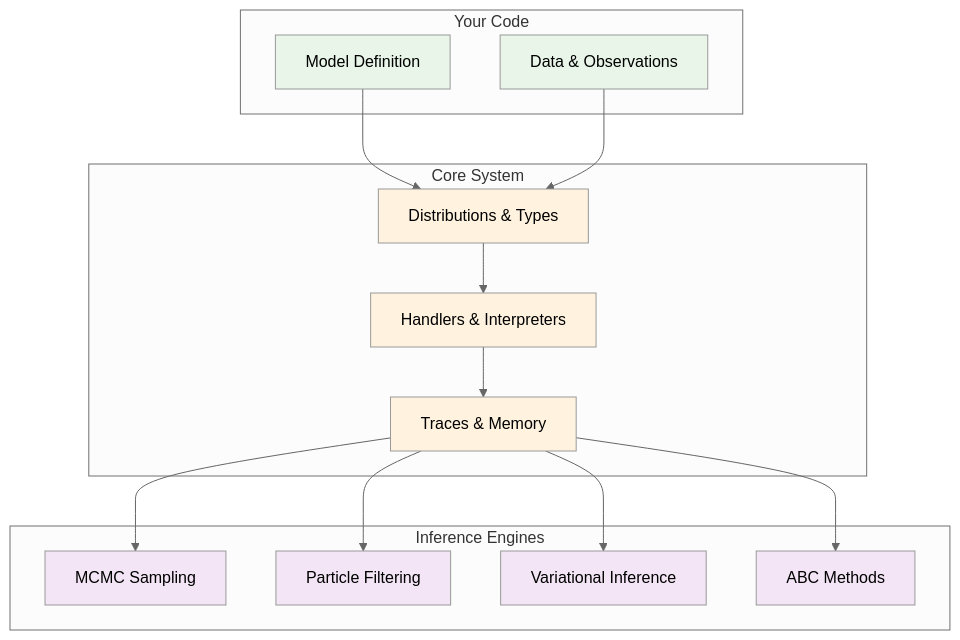
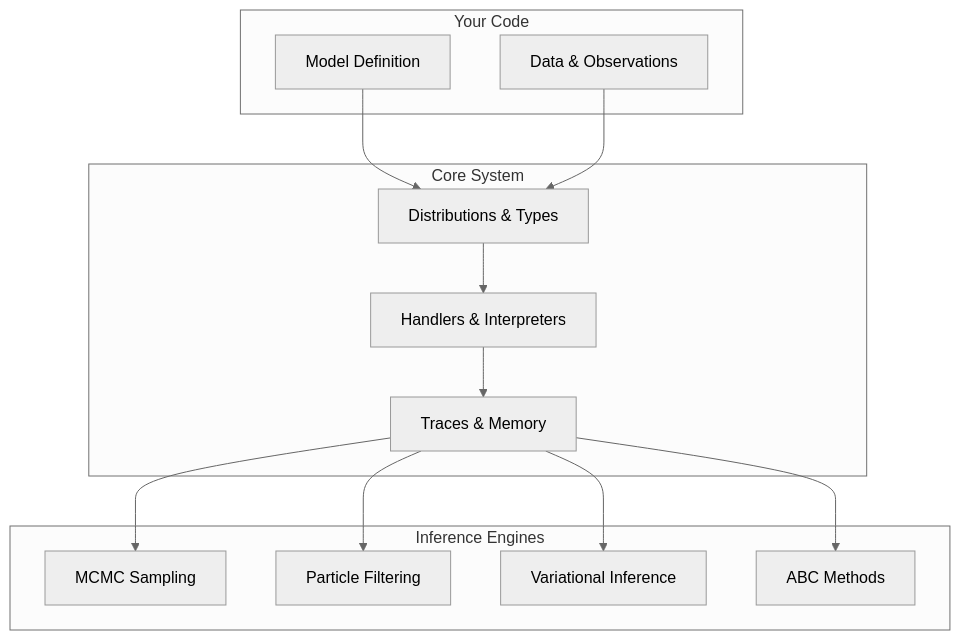
One commit to alexnodeland/fugue changed the second of 2 diagrams in docs/src/getting-started/README.md. Above: the diagram before and after it, drawn with Mermaid (neutral theme). The commit also changed other lines of this file and 9 other files, not shown here.

````diff
--- a/docs/src/getting-started/README.md
+++ b/docs/src/getting-started/README.md
@@ -86,39 +83,29 @@
 ```mermaid
 graph TB
     subgraph "Your Code"
         M[Model Definition]
         D[Data & Observations]
     end
 
     subgraph "Core System"
         C[Distributions & Types]
         H[Handlers & Interpreters]
         T[Traces & Memory]
     end
 
     subgraph "Inference Engines"
         MCMC[MCMC Sampling]
         SMC[Particle Filtering]
         VI[Variational Inference]
         ABC[ABC Methods]
     end
 
     M --> C
     D --> C
     C --> H
     H --> T
     T --> MCMC
     T --> SMC
     T --> VI
     T --> ABC
-
-    style M fill:#e8f5e8
-    style D fill:#e8f5e8
-    style C fill:#fff3e0
-    style H fill:#fff3e0
-    style T fill:#fff3e0
-    style MCMC fill:#f3e5f5
-    style SMC fill:#f3e5f5
-    style VI fill:#f3e5f5
-    style ABC fill:#f3e5f5
 ```
````
